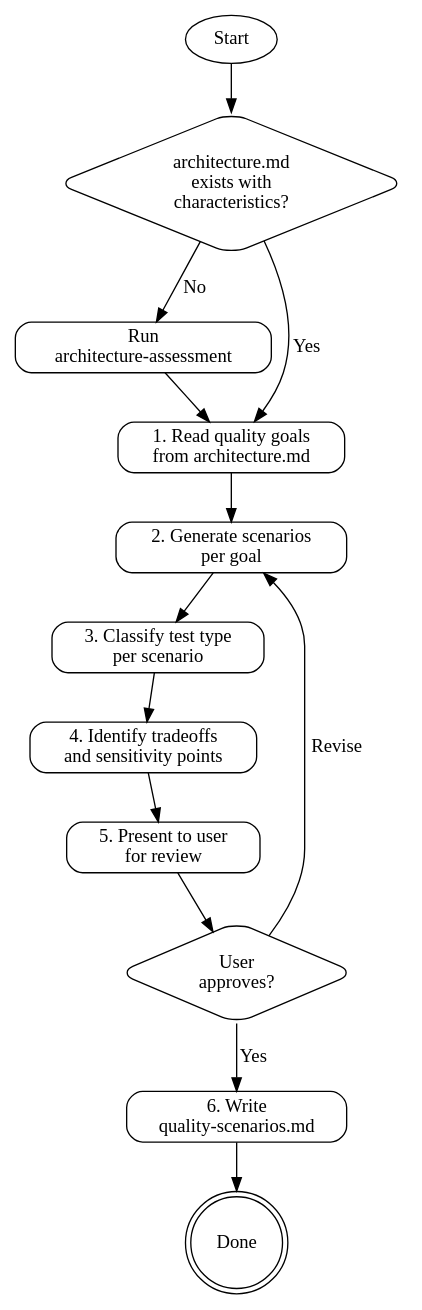
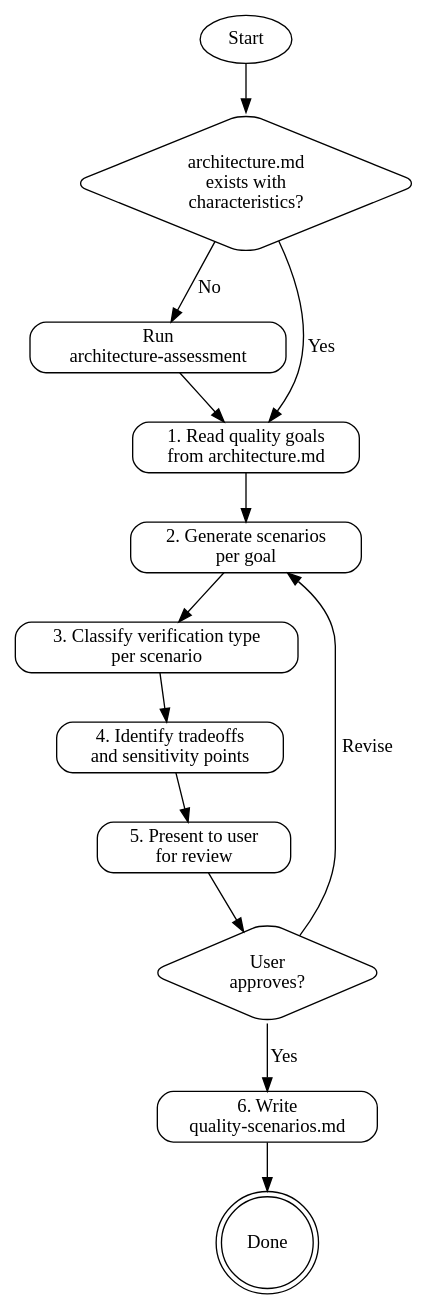
Before and after one commit to florian23/superflowers: the diagram in skills/quality-scenarios/SKILL.md, drawn with Graphviz. The commit also changed other lines of this file and 31 other files, not shown here.

````diff
--- a/skills/quality-scenarios/SKILL.md
+++ b/skills/quality-scenarios/SKILL.md
@@ -40,31 +40,31 @@
 ```dot
 digraph quality_scenarios {
   rankdir=TB;
   node [shape=box, style=rounded];
 
   start [shape=ellipse, label="Start"];
   check_arch [shape=diamond, label="architecture.md\nexists with\ncharacteristics?"];
   run_assessment [label="Run\narchitecture-assessment"];
   read_goals [label="1. Read quality goals\nfrom architecture.md"];
   generate [label="2. Generate scenarios\nper goal"];
-  classify [label="3. Classify test type\nper scenario"];
+  classify [label="3. Classify verification type\nper scenario"];
   tradeoffs [label="4. Identify tradeoffs\nand sensitivity points"];
   present [label="5. Present to user\nfor review"];
   user_ok [shape=diamond, label="User\napproves?"];
   write [label="6. Write\nquality-scenarios.md"];
   done [shape=doublecircle, label="Done"];
 
   start -> check_arch;
   check_arch -> run_assessment [label="No"];
   check_arch -> read_goals [label="Yes"];
   run_assessment -> read_goals;
   read_goals -> generate;
   generate -> classify;
   classify -> tradeoffs;
   tradeoffs -> present;
   present -> user_ok;
   user_ok -> write [label="Yes"];
   user_ok -> generate [label="Revise"];
   write -> done;
 }
 ```
````
